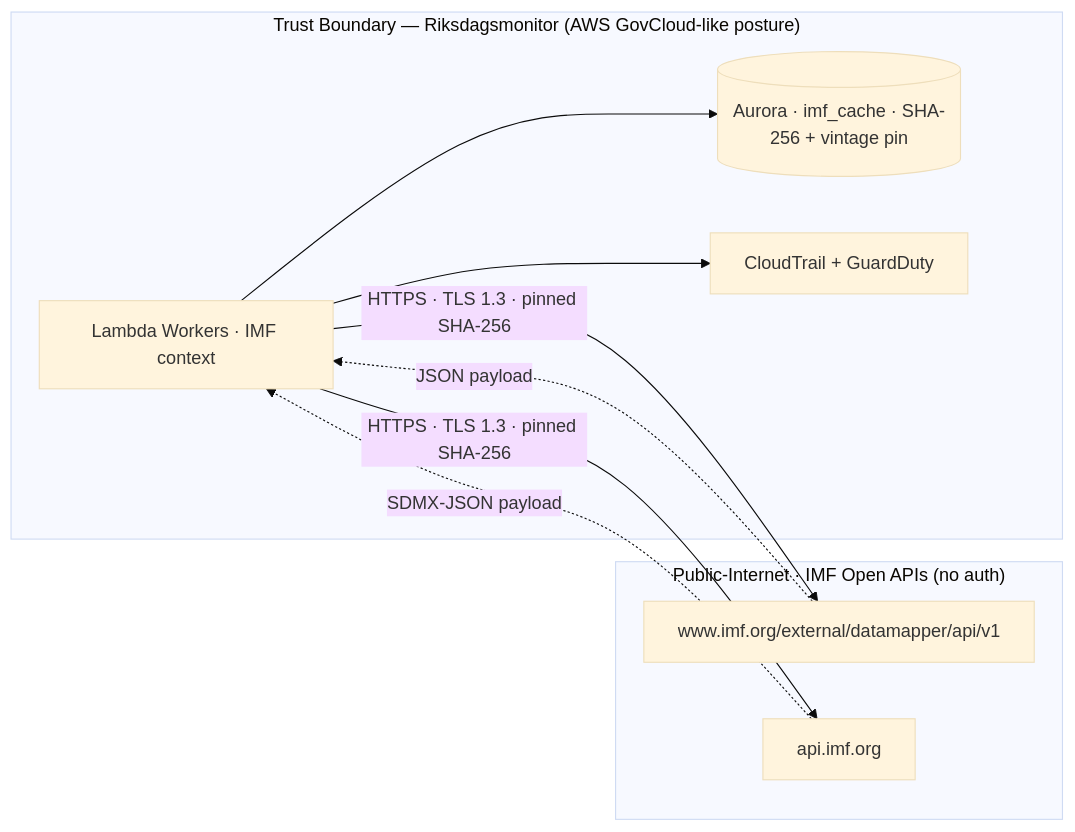
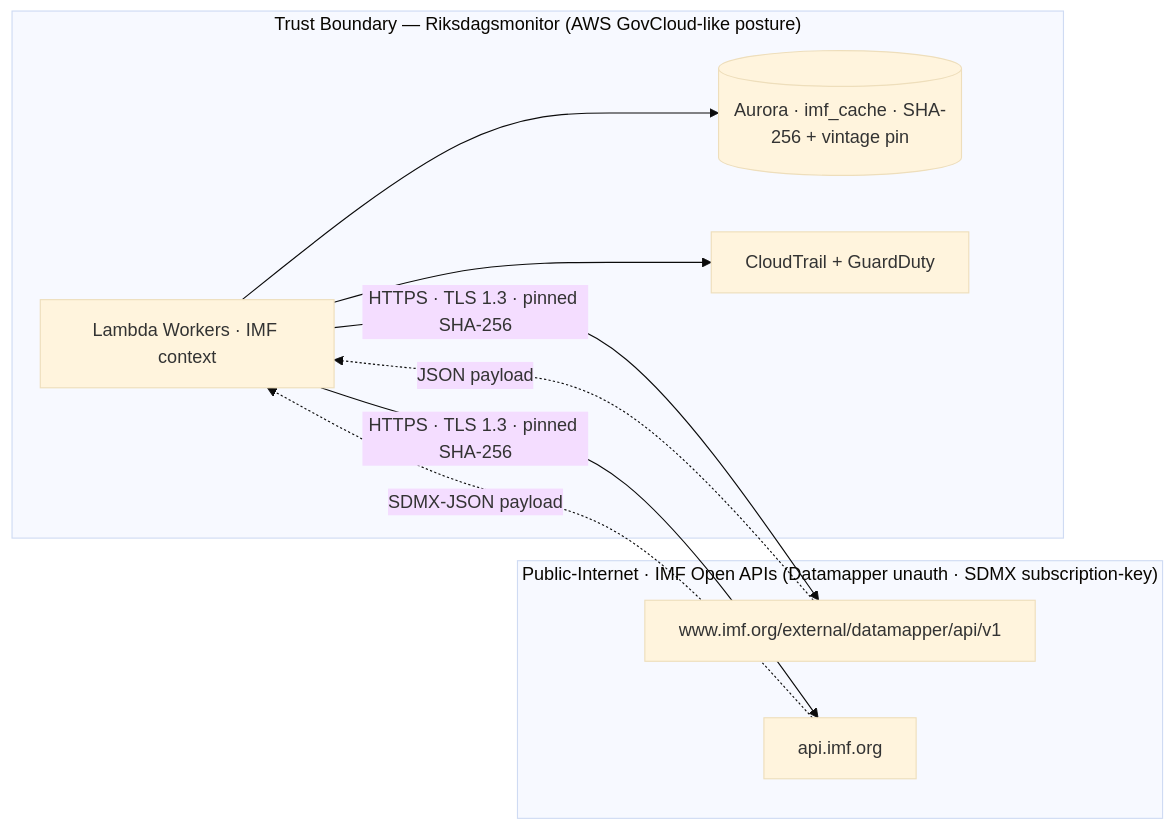
The tenth of 10 diagrams in FUTURE_SECURITY_ARCHITECTURE.md (Hack23/riksdagsmonitor), drawn with Mermaid (base theme) before and after one commit. The commit also changed other lines of this file and 9 other files, not shown here.

First line of the commit message:
refactor(imf): address PR review — clarify SDMX subscription-key auth, dedupe prompt allowlist, bump contract to v3.2

````diff
--- a/FUTURE_SECURITY_ARCHITECTURE.md
+++ b/FUTURE_SECURITY_ARCHITECTURE.md
@@ -960,18 +960,18 @@
 ```mermaid
 flowchart LR
     subgraph Trusted["Trust Boundary — Riksdagsmonitor (AWS GovCloud-like posture)"]
         Lambda[Lambda Workers · IMF context]
         Cache[(Aurora · imf_cache · SHA-256 + vintage pin)]
         Audit[CloudTrail + GuardDuty]
     end
-    subgraph Public["Public-Internet · IMF Open APIs (no auth)"]
+    subgraph Public["Public-Internet · IMF Open APIs (Datamapper unauth · SDMX subscription-key)"]
         Datamapper[www.imf.org/external/datamapper/api/v1]
         SDMX[api.imf.org]
     end
     Lambda -- HTTPS · TLS 1.3 · pinned SHA-256 --> Datamapper
     Lambda -- HTTPS · TLS 1.3 · pinned SHA-256 --> SDMX
     Datamapper -. JSON payload .-> Lambda
     SDMX -. SDMX-JSON payload .-> Lambda
     Lambda --> Cache
     Lambda --> Audit
 ```
````
